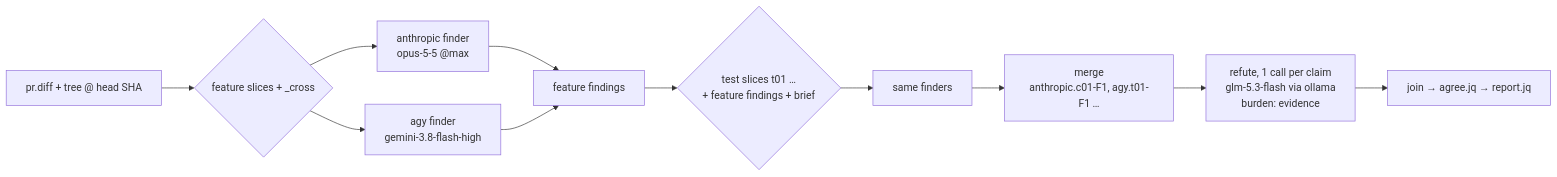
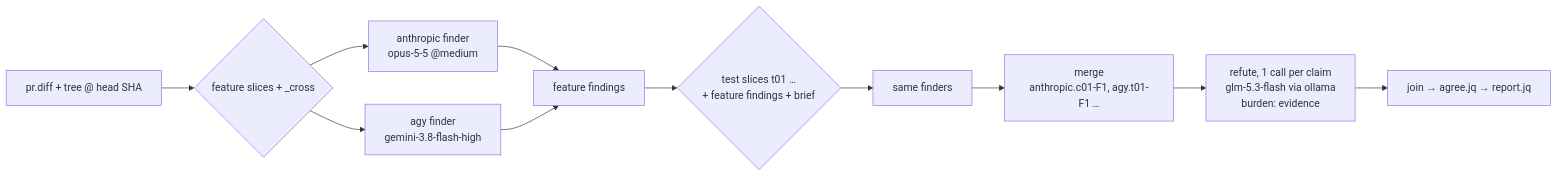
One commit to srieteja/claude-review-skills changed the diagram in skills/pr-review/DESIGN.md. Above: the diagram before and after it, drawn with Mermaid. The commit also changed 16 other files, not shown here.

````diff
--- a/skills/pr-review/DESIGN.md
+++ b/skills/pr-review/DESIGN.md
@@ -57,13 +57,13 @@
 ```mermaid
 flowchart LR
   D[pr.diff + tree @ head SHA] --> S{feature slices + _cross}
-  S --> A["anthropic finder<br/>opus-5-5 @max"]
+  S --> A["anthropic finder<br/>opus-5-5 @medium"]
   S --> G["agy finder<br/>gemini-3.8-flash-high"]
   A --> FF[feature findings]
   G --> FF
   FF --> T{"test slices t01 …<br/>+ feature findings + brief"}
   T --> A2["same finders"]
   A2 --> M[merge<br/>anthropic.c01-F1, agy.t01-F1 …]
   M --> R["refute, 1 call per claim<br/>glm-5.3-flash via ollama<br/>burden: evidence"]
   R --> J[join → agree.jq → report.jq]
 ```
````
